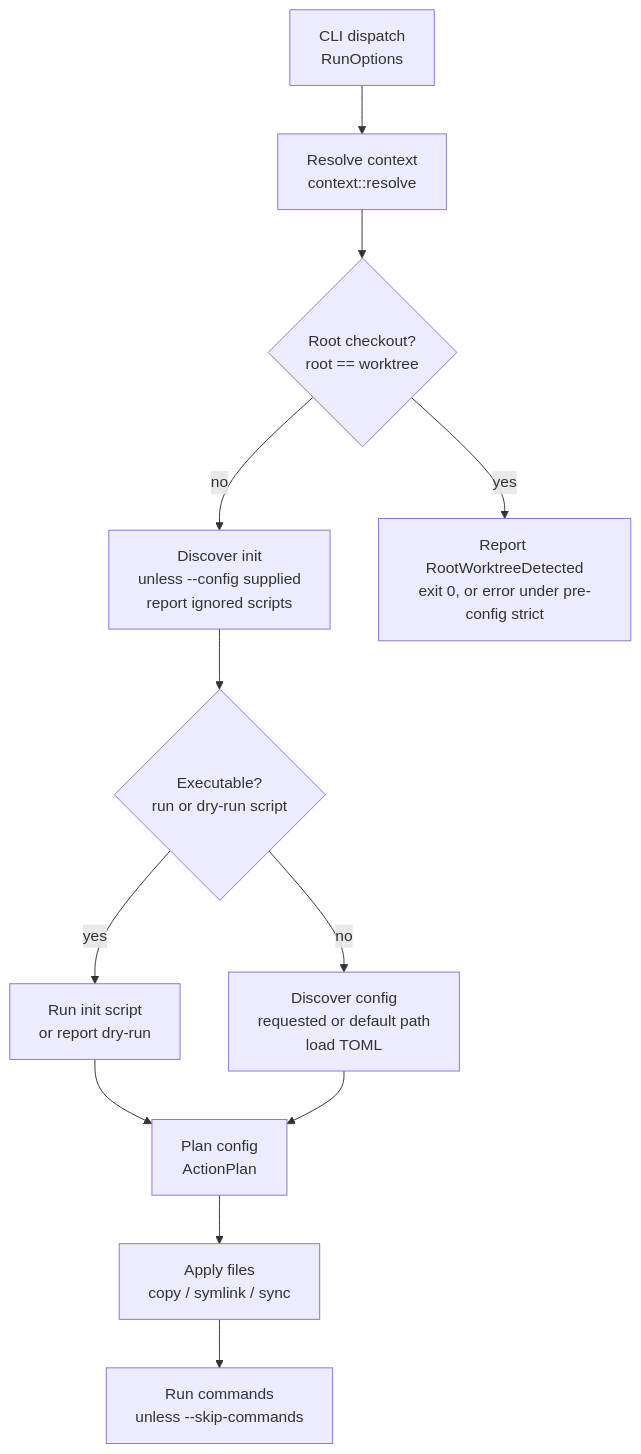
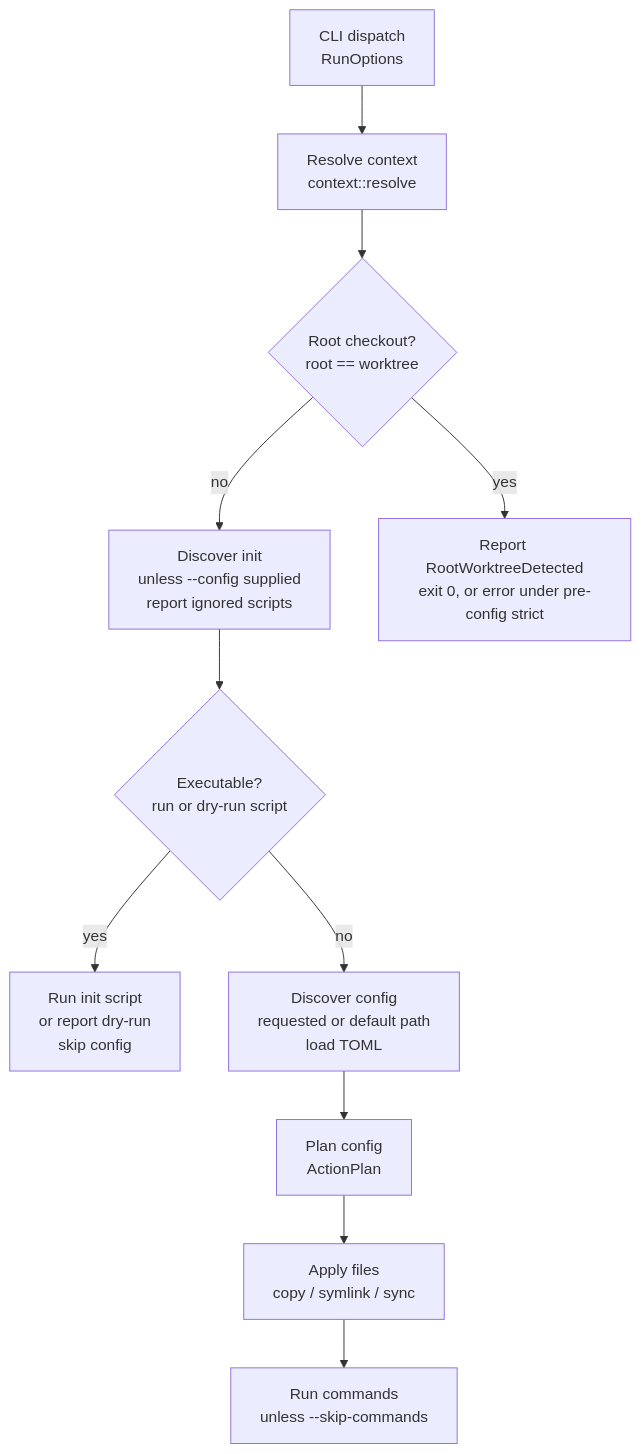
One commit to jimeh/treeboot changed the third of 5 diagrams in docs/ARCHITECTURE.md. Above: the diagram before and after it, drawn with Mermaid. The commit also changed other lines of this file and 8 other files, not shown here.

````diff
--- a/docs/ARCHITECTURE.md
+++ b/docs/ARCHITECTURE.md
@@ -111,14 +101,13 @@
 ```mermaid
 flowchart TD
   CLI["CLI dispatch<br/>RunOptions"] --> CTX["Resolve context<br/>context::resolve"]
   CTX --> ROOT{"Root checkout?<br/>root == worktree"}
   ROOT -->|no| INIT["Discover init<br/>unless --config supplied<br/>report ignored scripts"]
   ROOT -->|yes| DONE["Report RootWorktreeDetected<br/>exit 0, or error under pre-config strict"]
   INIT --> EXEC{"Executable?<br/>run or dry-run script"}
-  EXEC -->|yes| SCRIPT["Run init script<br/>or report dry-run"]
+  EXEC -->|yes| SCRIPT["Run init script<br/>or report dry-run<br/>skip config"]
   EXEC -->|no| CONFIG["Discover config<br/>requested or default path<br/>load TOML"]
-  SCRIPT --> PLAN["Plan config<br/>ActionPlan"]
-  CONFIG --> PLAN
+  CONFIG --> PLAN["Plan config<br/>ActionPlan"]
   PLAN --> FILES["Apply files<br/>copy / symlink / sync"]
   FILES --> CMDS["Run commands<br/>unless --skip-commands"]
 ```
````
